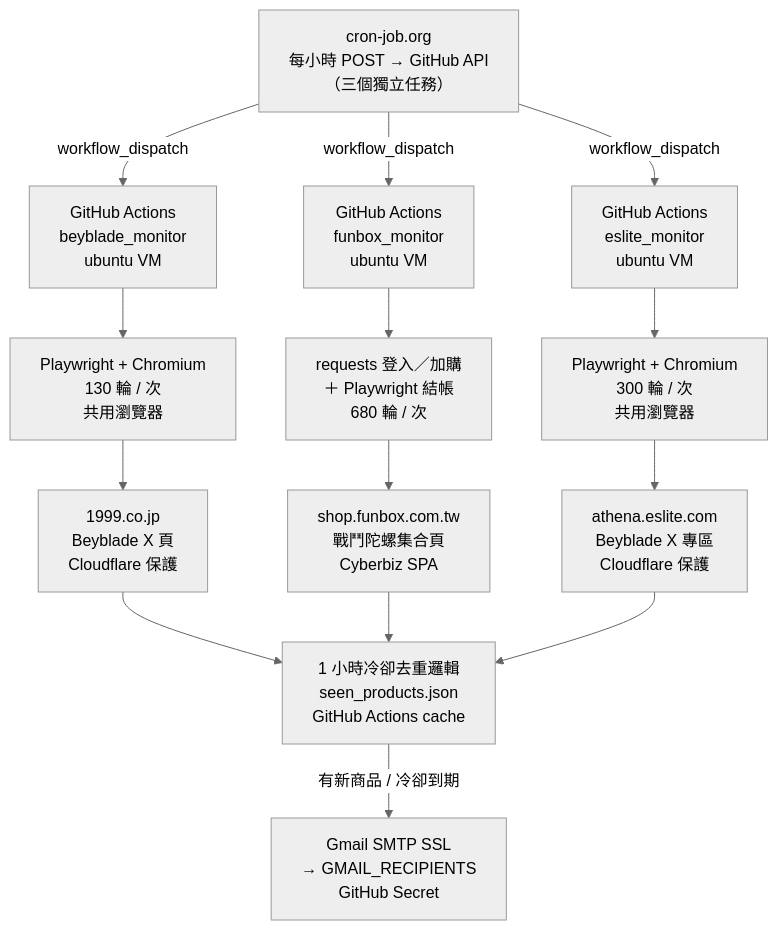
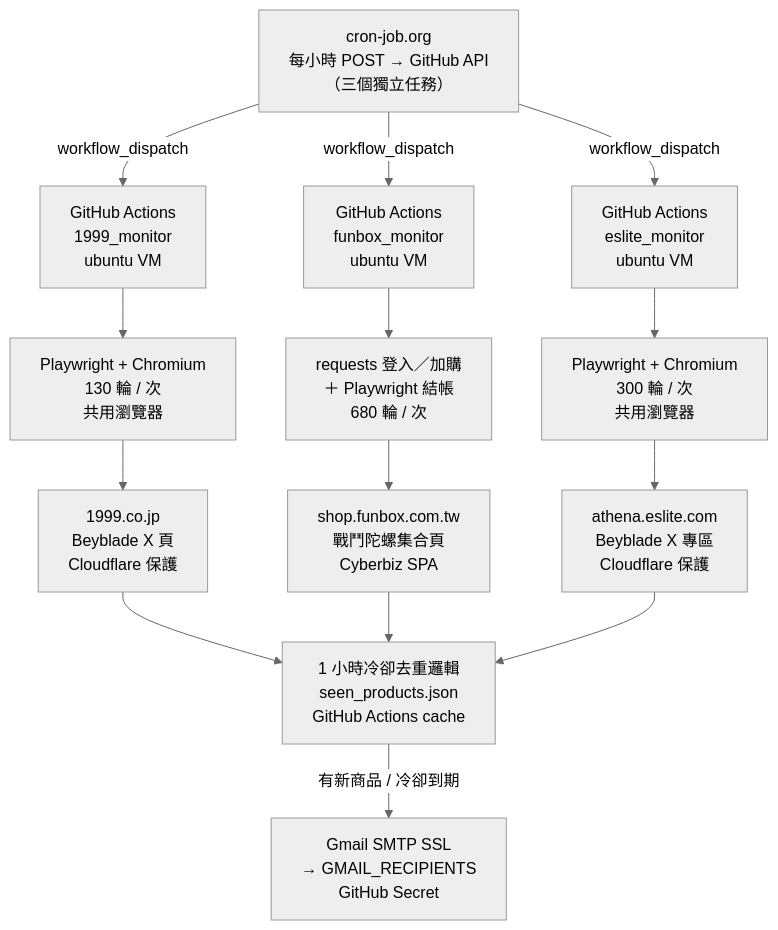
The diagram in README.md (k0341055/beyblade-funbox-monitor), drawn with Mermaid (neutral theme) before and after one commit. The commit also changed other lines of this file, not shown here.

First line of the commit message:
docs: README 同步更新 beyblade_monitor → 1999_monitor

````diff
--- a/README.md
+++ b/README.md
@@ -9,22 +9,22 @@
 ```mermaid
 flowchart TD
     CRON["cron-job.org\n每小時 POST → GitHub API\n（三個獨立任務）"]
 
-    CRON -->|workflow_dispatch| GA1["GitHub Actions\nbeyblade_monitor\nubuntu VM"]
+    CRON -->|workflow_dispatch| GA1["GitHub Actions\n1999_monitor\nubuntu VM"]
     CRON -->|workflow_dispatch| GA2["GitHub Actions\nfunbox_monitor\nubuntu VM"]
     CRON -->|workflow_dispatch| GA3["GitHub Actions\neslite_monitor\nubuntu VM"]
 
     GA1 --> PW1["Playwright + Chromium\n130 輪 / 次\n共用瀏覽器"]
     GA2 --> REQ["requests 登入／加購\n＋ Playwright 結帳\n680 輪 / 次"]
     GA3 --> PW3["Playwright + Chromium\n300 輪 / 次\n共用瀏覽器"]
 
     PW1 --> SITE1["1999.co.jp\nBeyblade X 頁\nCloudflare 保護"]
     REQ --> SITE2["shop.funbox.com.tw\n戰鬥陀螺集合頁\nCyberbiz SPA"]
     PW3 --> SITE3["athena.eslite.com\nBeyblade X 專區\nCloudflare 保護"]
 
     SITE1 --> COOL["1 小時冷卻去重邏輯\nseen_products.json\nGitHub Actions cache"]
     SITE2 --> COOL
     SITE3 --> COOL
 
     COOL -->|有新商品 / 冷卻到期| MAIL["Gmail SMTP SSL\n→ GMAIL_RECIPIENTS\nGitHub Secret"]
 ```
````
